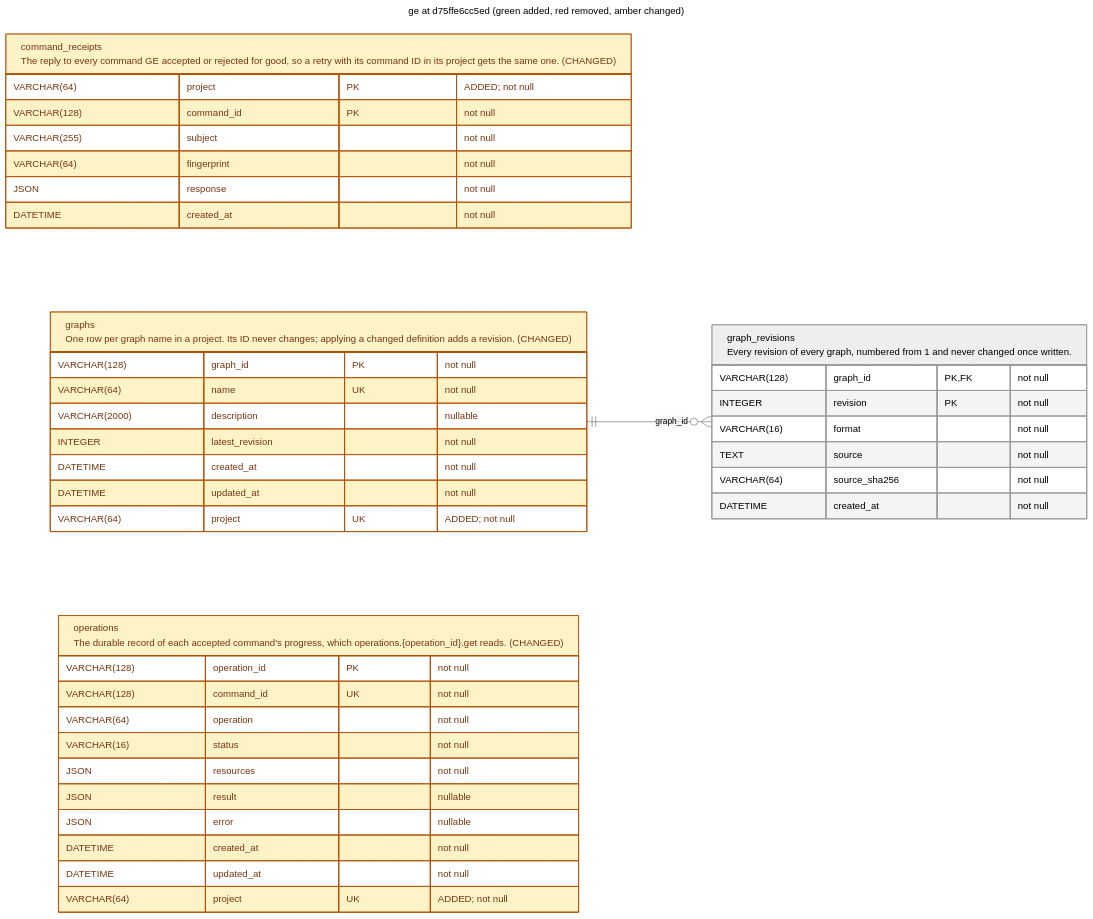
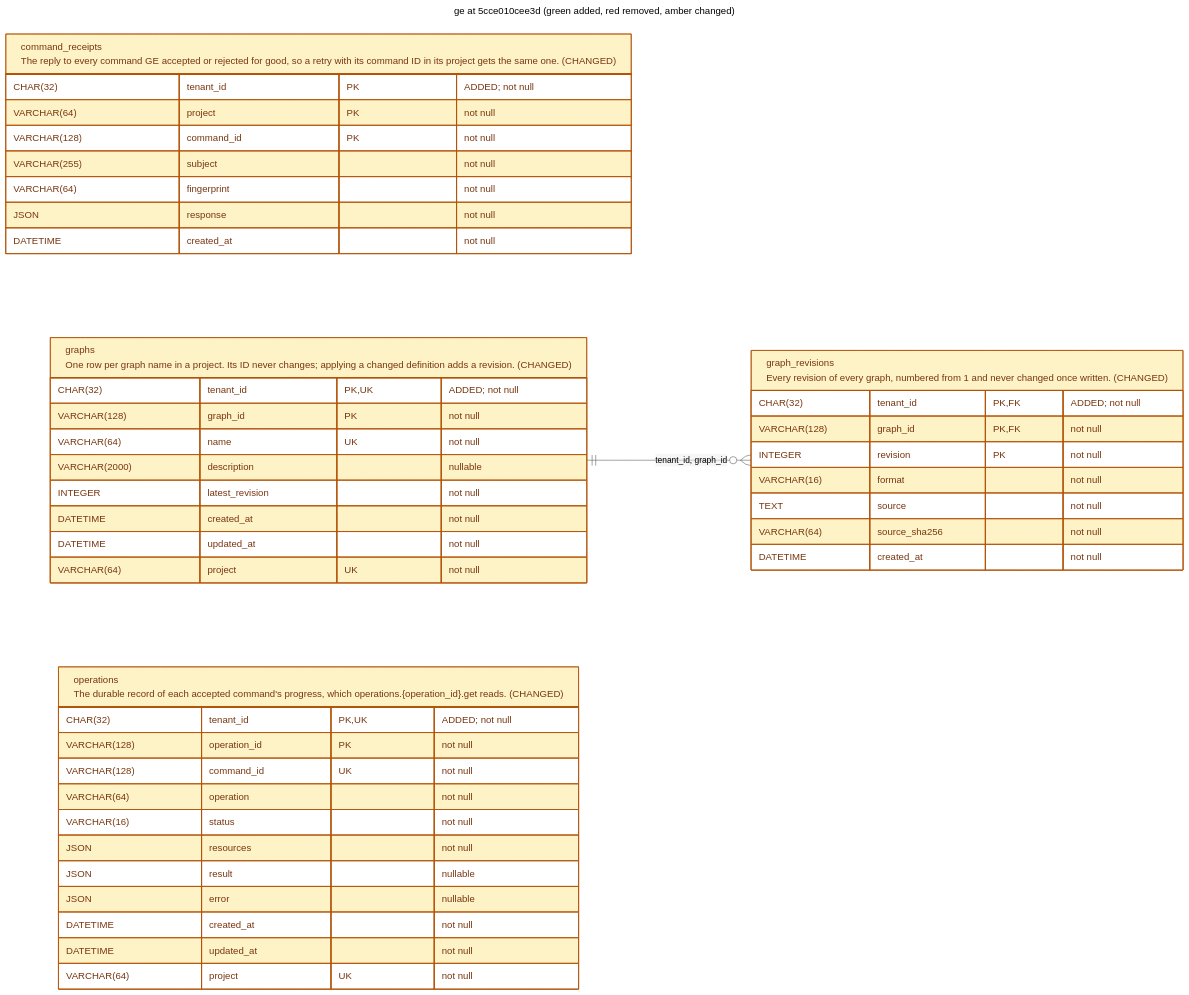
The diagram in v2/docs/schema/latest_ge.mermaid (OpenEngine/OpenEngine), drawn with Mermaid before and after one commit. The commit also changed 14 other files, not shown here.

First line of the commit message:
feat(ge): scope graph persistence to tenants (#1309)

```diff
--- a/v2/docs/schema/latest_ge.mermaid
+++ b/v2/docs/schema/latest_ge.mermaid
@@ -1,54 +1,59 @@
 ---
-title: ge at d75ffe6cc5ed (green added, red removed, amber changed)
+title: ge at 5cce010cee3d (green added, red removed, amber changed)
 config:
   theme: neutral
 ---
 erDiagram
     direction LR
     %% REMOVED tables/columns are tombstones, absent from this revision's schema.
     %% Column changes include type, nullability, default and key membership.
     %% Table changes also include indexes and constraints.
     classDef added fill:#dcfce7,stroke:#15803d,color:#14532d
     classDef removed fill:#fee2e2,stroke:#b91c1c,color:#7f1d1d
     classDef changed fill:#fef3c7,stroke:#b45309,color:#78350f
     command_receipts["command_receipts<br/>The reply to every command GE accepted or rejected for good, so a retry with its command ID in its project gets the same one. (CHANGED)"] {
-        VARCHAR(64) project PK "ADDED; not null"
+        CHAR(32) tenant_id PK "ADDED; not null"
+        VARCHAR(64) project PK "not null"
         VARCHAR(128) command_id PK "not null"
         VARCHAR(255) subject "not null"
         VARCHAR(64) fingerprint "not null"
         JSON response "not null"
         DATETIME created_at "not null"
     }
     class command_receipts changed
-    graph_revisions["graph_revisions<br/>Every revision of every graph, numbered from 1 and never changed once written."] {
+    graph_revisions["graph_revisions<br/>Every revision of every graph, numbered from 1 and never changed once written. (CHANGED)"] {
+        CHAR(32) tenant_id PK,FK "ADDED; not null"
         VARCHAR(128) graph_id PK,FK "not null"
         INTEGER revision PK "not null"
         VARCHAR(16) format "not null"
         TEXT source "not null"
         VARCHAR(64) source_sha256 "not null"
         DATETIME created_at "not null"
     }
-    graphs ||--o{ graph_revisions : "graph_id"
+    class graph_revisions changed
+    graphs ||--o{ graph_revisions : "tenant_id, graph_id"
     graphs["graphs<br/>One row per graph name in a project. Its ID never changes; applying a changed definition adds a revision. (CHANGED)"] {
+        CHAR(32) tenant_id PK,UK "ADDED; not null"
         VARCHAR(128) graph_id PK "not null"
         VARCHAR(64) name UK "not null"
         VARCHAR(2000) description "nullable"
         INTEGER latest_revision "not null"
         DATETIME created_at "not null"
         DATETIME updated_at "not null"
-        VARCHAR(64) project UK "ADDED; not null"
+        VARCHAR(64) project UK "not null"
     }
     class graphs changed
     operations["operations<br/>The durable record of each accepted command's progress, which operations.{operation_id}.get reads. (CHANGED)"] {
+        CHAR(32) tenant_id PK,UK "ADDED; not null"
         VARCHAR(128) operation_id PK "not null"
         VARCHAR(128) command_id UK "not null"
         VARCHAR(64) operation "not null"
         VARCHAR(16) status "not null"
         JSON resources "not null"
         JSON result "nullable"
         JSON error "nullable"
         DATETIME created_at "not null"
         DATETIME updated_at "not null"
-        VARCHAR(64) project UK "ADDED; not null"
+        VARCHAR(64) project UK "not null"
     }
     class operations changed
```
